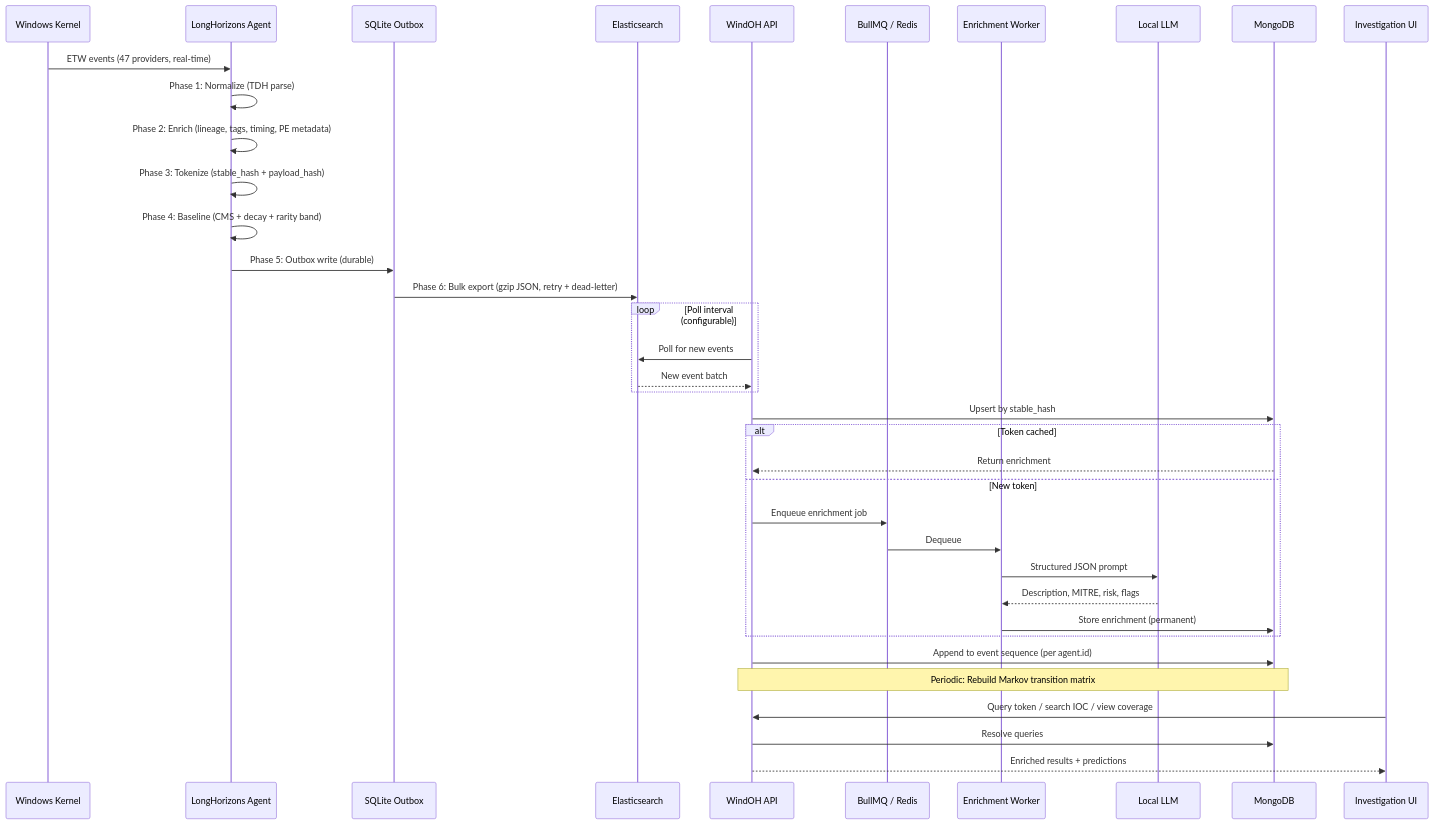
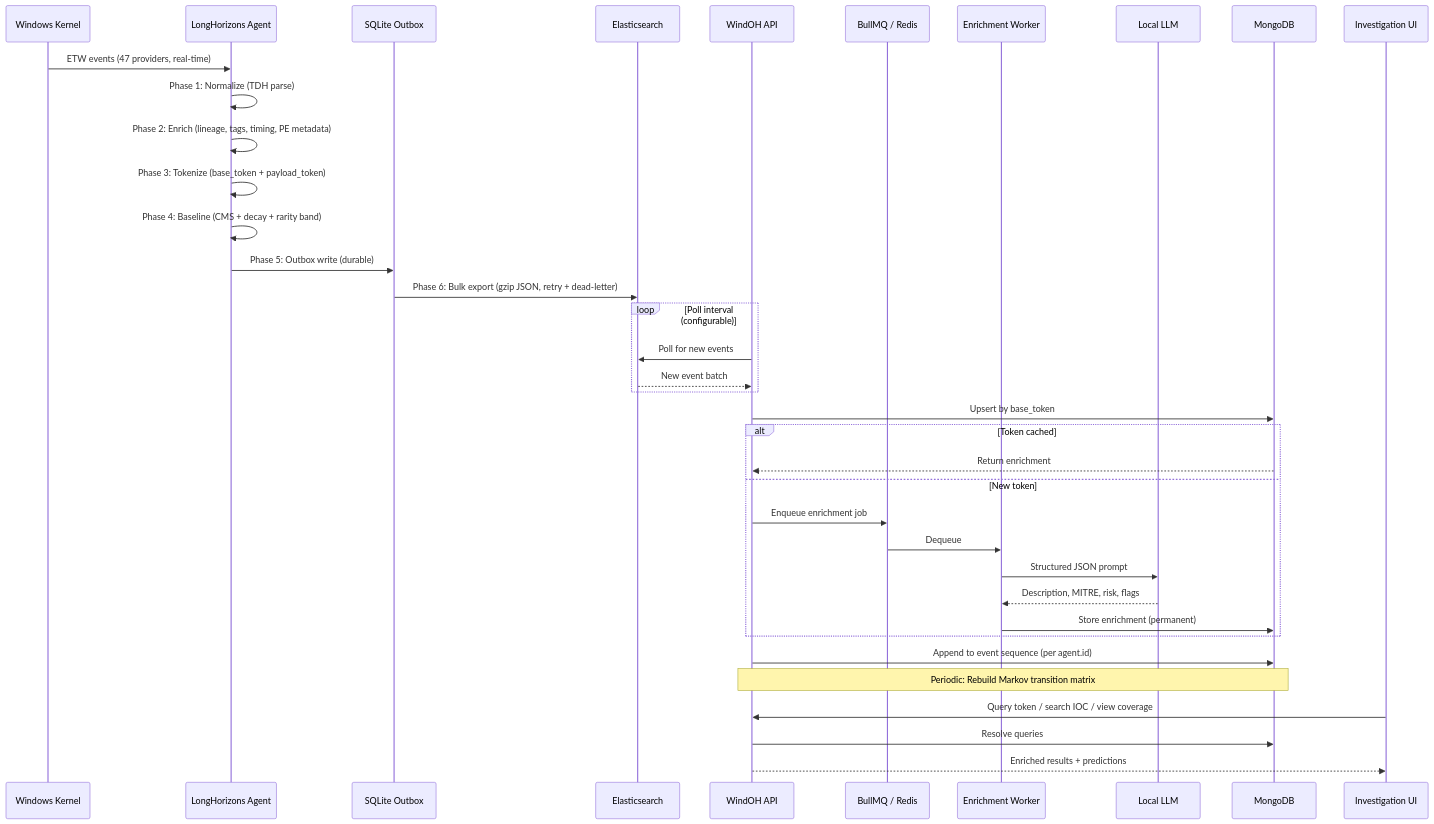
Before and after one commit to LongHorizons/WindOH: the diagram in docs/architecture/DATA_FLOW.md, drawn with Mermaid. The commit also changed other lines of this file and 17 other files, not shown here.

First line of the commit message:
Rename stable_hash/stableHash -> base_token/baseToken across all documentation

````diff
--- a/docs/architecture/DATA_FLOW.md
+++ b/docs/architecture/DATA_FLOW.md
@@ -5,46 +5,46 @@
 ```mermaid
 sequenceDiagram
     participant K as Windows Kernel
     participant LH as LongHorizons Agent
     participant SQLite as SQLite Outbox
     participant ES as Elasticsearch
     participant API as WindOH API
     participant Q as BullMQ / Redis
     participant W as Enrichment Worker
     participant LLM as Local LLM
     participant DB as MongoDB
     participant UX as Investigation UI
 
     K->>LH: ETW events (47 providers, real-time)
     LH->>LH: Phase 1: Normalize (TDH parse)
     LH->>LH: Phase 2: Enrich (lineage, tags, timing, PE metadata)
-    LH->>LH: Phase 3: Tokenize (stable_hash + payload_hash)
+    LH->>LH: Phase 3: Tokenize (base_token + payload_token)
     LH->>LH: Phase 4: Baseline (CMS + decay + rarity band)
     LH->>SQLite: Phase 5: Outbox write (durable)
     SQLite->>ES: Phase 6: Bulk export (gzip JSON, retry + dead-letter)
     
     loop Poll interval (configurable)
         API->>ES: Poll for new events
         ES-->>API: New event batch
     end
     
-    API->>DB: Upsert by stable_hash
+    API->>DB: Upsert by base_token
     
     alt Token cached
         DB-->>API: Return enrichment
     else New token
         API->>Q: Enqueue enrichment job
         Q->>W: Dequeue
         W->>LLM: Structured JSON prompt
         LLM-->>W: Description, MITRE, risk, flags
         W->>DB: Store enrichment (permanent)
     end
     
     API->>DB: Append to event sequence (per agent.id)
     
     Note over API,DB: Periodic: Rebuild Markov transition matrix
     
     UX->>API: Query token / search IOC / view coverage
     API->>DB: Resolve queries
     API-->>UX: Enriched results + predictions
 ```
````
